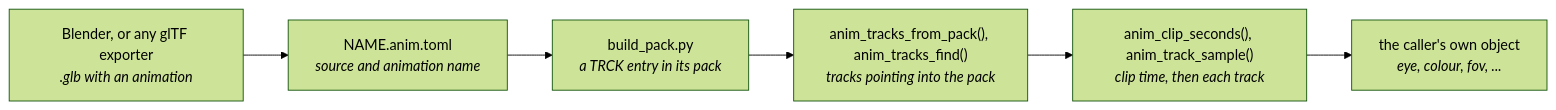
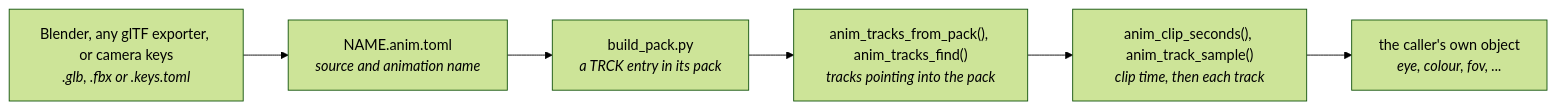
Before and after one commit to jose-villegas/autana: the diagram in docs/Animation-Tracks.md, drawn with Mermaid (forest theme). The commit also changed other lines of this file and 12 other files, not shown here.

First line of the commit message:
anim: a .anim.toml bakes camera keys directly; tour.glb deleted

````diff
--- a/docs/Animation-Tracks.md
+++ b/docs/Animation-Tracks.md
@@ -13,8 +13,8 @@
 ```mermaid
 flowchart LR
-    Author["Blender, or any glTF exporter<br/><i>.glb with an animation</i>"] --> Anim["NAME.anim.toml<br/><i>source and animation name</i>"]
+    Author["Blender, any glTF exporter, or camera keys<br/><i>.glb, .fbx or .keys.toml</i>"] --> Anim["NAME.anim.toml<br/><i>source and animation name</i>"]
     Anim --> Pack["build_pack.py<br/><i>a TRCK entry in its pack</i>"]
     Pack --> Open["anim_tracks_from_pack(), anim_tracks_find()<br/><i>tracks pointing into the pack</i>"]
     Open --> Sample["anim_clip_seconds(), anim_track_sample()<br/><i>clip time, then each track</i>"]
     Sample --> Caller["the caller's own object<br/><i>eye, colour, fov, ...</i>"]
 ```
````
